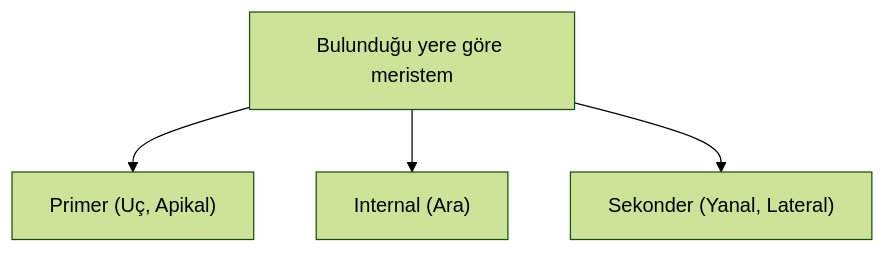
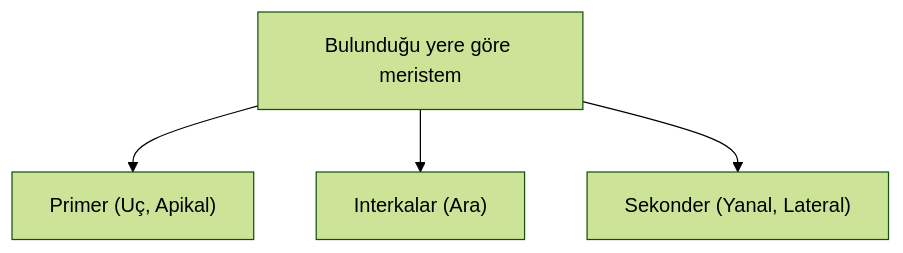
Before and after one commit to metwse/evrensel: the third of 11 diagrams in ayt/biyoloji/bitki-biyolojisi/bitki-biyolojisi.md, drawn with Mermaid (forest theme). The commit also changed other lines of this file and 7 other files, not shown here.

````diff
--- a/ayt/biyoloji/bitki-biyolojisi/bitki-biyolojisi.md
+++ b/ayt/biyoloji/bitki-biyolojisi/bitki-biyolojisi.md
@@ -73,7 +73,7 @@
 ```mermaid
 flowchart TD
     t[Bulunduğu yere göre meristem]
     t --> t-1["Primer (Uç, Apikal)"]
-    t --> t-2["Internal (Ara)"]
+    t --> t-2["Interkalar (Ara)"]
     t --> t-3["Sekonder (Yanal, Lateral)"]
 ```
````
